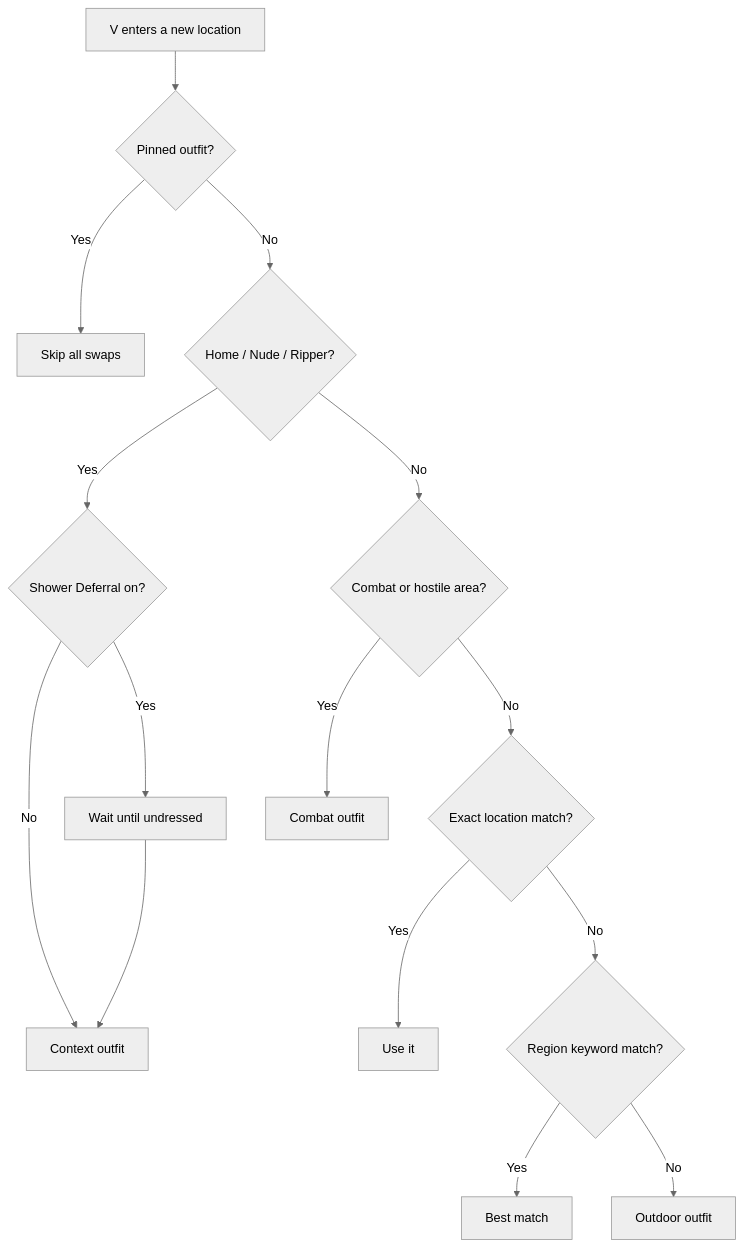
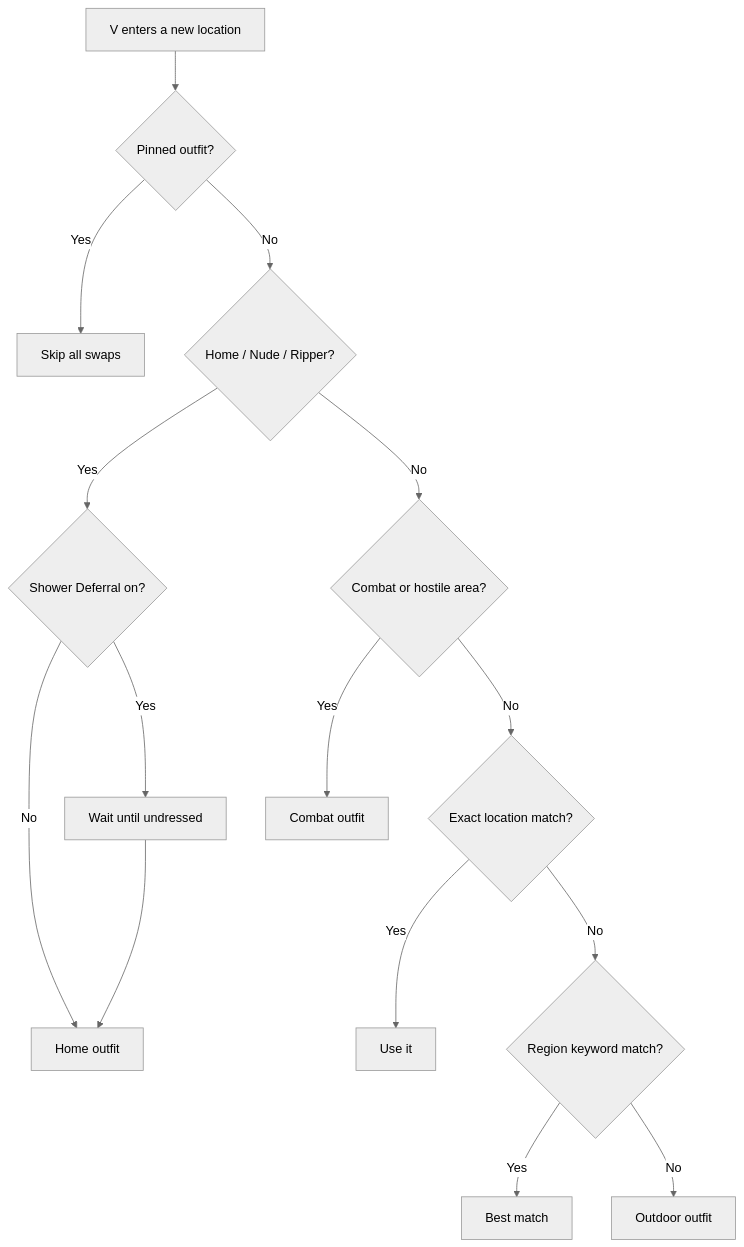
The diagram in docs/priority.md (Yorivel/Dynamic-Wardrobe), drawn with Mermaid (neutral theme) before and after one commit.

````diff
--- a/docs/priority.md
+++ b/docs/priority.md
@@ -39,17 +39,17 @@
 ```mermaid
 flowchart TD
     A[V enters a new location] --> B{Pinned outfit?}
     B -- Yes --> C[Skip all swaps]
     B -- No --> D{Home / Nude / Ripper?}
     D -- Yes --> E{Shower Deferral on?}
-    E -- No --> F[Context outfit]
+    E -- No --> F[Home outfit]
     E -- Yes --> G[Wait until undressed]
     G --> F
     D -- No --> H{Combat or hostile area?}
     H -- Yes --> I[Combat outfit]
     H -- No --> J{Exact location match?}
     J -- Yes --> K[Use it]
     J -- No --> L{Region keyword match?}
     L -- Yes --> M[Best match]
     L -- No --> N[Outdoor outfit]
 ```
````
